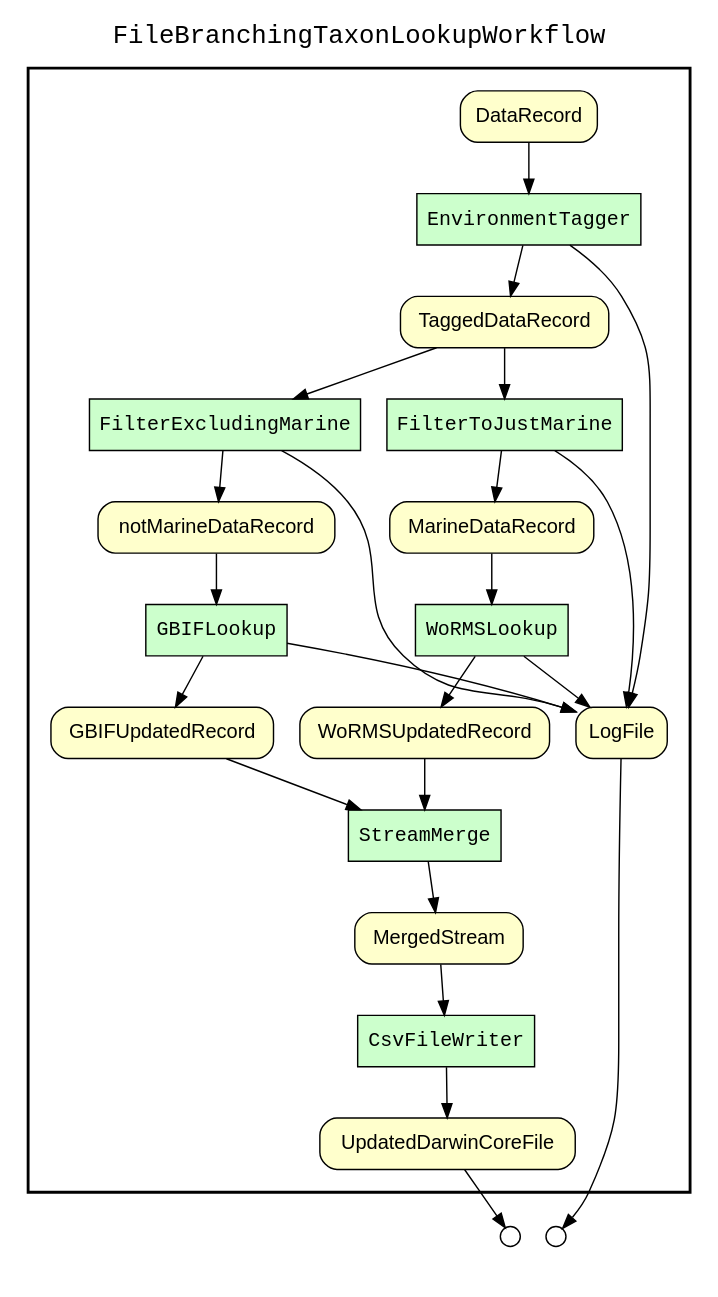
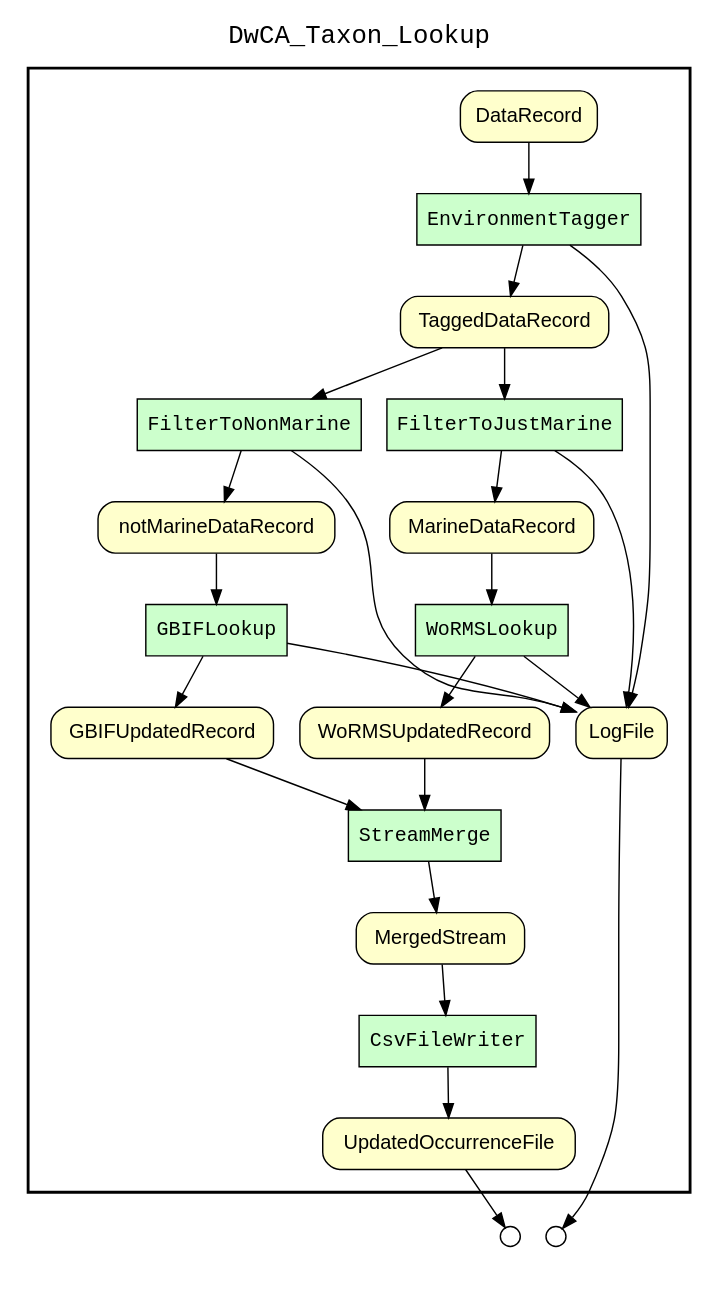
One commit to kurator-org/kurator-TDWG17-YW changed the diagram in kurator_FileBranchingTaxonLookup/workflows/results/wf_downstream_of_DataRecord.gv. Above: the diagram before and after it, drawn with Graphviz. The commit also changed 68 other files, not shown here.

```diff
--- a/kurator_FileBranchingTaxonLookup/workflows/results/wf_downstream_of_DataRecord.gv
+++ b/kurator_FileBranchingTaxonLookup/workflows/results/wf_downstream_of_DataRecord.gv
@@ -1,61 +1,61 @@
 
 digraph yw_data_view {
 rankdir=TB
 fontname=Courier; fontsize=18; labelloc=t
-label="FileBranchingTaxonLookupWorkflow"
+label="DwCA_Taxon_Lookup"
 subgraph cluster_workflow { label=""; color=black; penwidth=2
 subgraph cluster_workflow_inner { label=""; color=white
 node[shape=box style="filled" fillcolor="#CCFFCC" peripheries=1 fontname=Courier]
-FilterExcludingMarine
+FilterToNonMarine
 FilterToJustMarine
 StreamMerge
 CsvFileWriter
 GBIFLookup
 WoRMSLookup
 EnvironmentTagger
 node[shape=box style="filled" fillcolor="#CCFFCC" peripheries=1 fontname=Courier]
 node[shape=box style="rounded,filled" fillcolor="#FFFFCC" peripheries=1 fontname=Helvetica]
 DataRecord
 LogFile
 TaggedDataRecord
 MarineDataRecord
 notMarineDataRecord
 WoRMSUpdatedRecord
 GBIFUpdatedRecord
 MergedStream
-UpdatedDarwinCoreFile
+UpdatedOccurrenceFile
 node[shape=box style="rounded,filled" fillcolor="#FFFFFF" peripheries=1 fontname=Helvetica]
 }}
 subgraph cluster_inflows { label=""; color=white; penwidth=2
 subgraph cluster_inflows_inner { label=""; color=white
 node[shape=circle fillcolor="#FFFFFF" peripheries=1 width=0.2]
 }}
 subgraph cluster_outflows { label=""; color=white; penwidth=2
 subgraph cluster_outflows_inner { label=""; color=white
 node[shape=circle fillcolor="#FFFFFF" peripheries=1 width=0.2]
 LogFile_outflow [label=""]
-UpdatedDarwinCoreFile_outflow [label=""]
+UpdatedOccurrenceFile_outflow [label=""]
 }}
-CsvFileWriter -> UpdatedDarwinCoreFile
+CsvFileWriter -> UpdatedOccurrenceFile
 StreamMerge -> MergedStream
 GBIFLookup -> GBIFUpdatedRecord
 WoRMSLookup -> WoRMSUpdatedRecord
-FilterExcludingMarine -> notMarineDataRecord
+FilterToNonMarine -> notMarineDataRecord
 FilterToJustMarine -> MarineDataRecord
 EnvironmentTagger -> TaggedDataRecord
 GBIFLookup -> LogFile
 WoRMSLookup -> LogFile
-FilterExcludingMarine -> LogFile
+FilterToNonMarine -> LogFile
 FilterToJustMarine -> LogFile
 EnvironmentTagger -> LogFile
 DataRecord -> EnvironmentTagger
 TaggedDataRecord -> FilterToJustMarine
-TaggedDataRecord -> FilterExcludingMarine
+TaggedDataRecord -> FilterToNonMarine
 MarineDataRecord -> WoRMSLookup
 notMarineDataRecord -> GBIFLookup
 WoRMSUpdatedRecord -> StreamMerge
 GBIFUpdatedRecord -> StreamMerge
 MergedStream -> CsvFileWriter
 LogFile -> LogFile_outflow
-UpdatedDarwinCoreFile -> UpdatedDarwinCoreFile_outflow
+UpdatedOccurrenceFile -> UpdatedOccurrenceFile_outflow
 }
```
